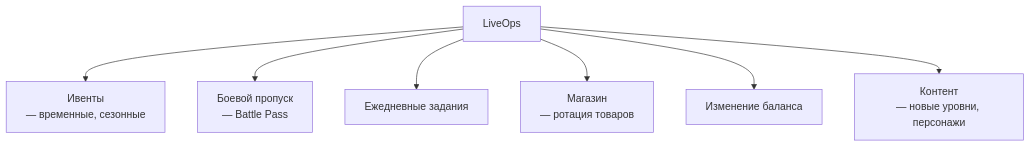
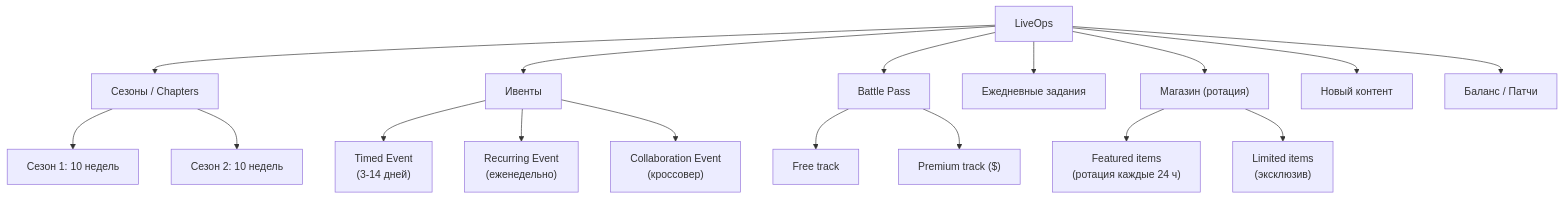
Before and after one commit to sergeyodnoval-bot/sysanalyst-kb.github.io: the first of 3 diagrams in docs/specialization/gamedev-liveops.md, drawn with Mermaid. The commit also changed other lines of this file and 7 other files, not shown here.

````diff
--- a/docs/specialization/gamedev-liveops.md
+++ b/docs/specialization/gamedev-liveops.md
@@ -22,10 +48,24 @@
 ```mermaid
 flowchart TD
-    LIVE["LiveOps"]
-    LIVE --> EVENTS["Ивенты<br/>— временные, сезонные"]
-    LIVE --> PASS["Боевой пропуск<br/>— Battle Pass"]
-    LIVE --> DAILY["Ежедневные задания"]
-    LIVE --> SHOP["Магазин<br/>— ротация товаров"]
-    LIVE --> BALANCE["Изменение баланса"]
-    LIVE --> CONTENT["Контент<br/>— новые уровни, персонажи"]
+    LO["LiveOps"]
+    LO --> SEASONS["Сезоны / Chapters"]
+    LO --> EVENTS["Ивенты"]
+    LO --> BP["Battle Pass"]
+    LO --> DAILY["Ежедневные задания"]
+    LO --> SHOP["Магазин (ротация)"]
+    LO --> CONTENT["Новый контент"]
+    LO --> BALANCE["Баланс / Патчи"]
+
+    SEASONS --> S1["Сезон 1: 10 недель"]
+    SEASONS --> S2["Сезон 2: 10 недель"]
+
+    EVENTS --> E1["Timed Event<br/>(3-14 дней)"]
+    EVENTS --> E2["Recurring Event<br/>(еженедельно)"]
+    EVENTS --> E3["Collaboration Event<br/>(кроссовер)"]
+
+    BP --> BPF["Free track"]
+    BP --> BPP["Premium track ($)"]
+
+    SHOP --> SF["Featured items<br/>(ротация каждые 24 ч)"]
+    SHOP --> SL["Limited items<br/>(эксклюзив)"]
 ```
````
